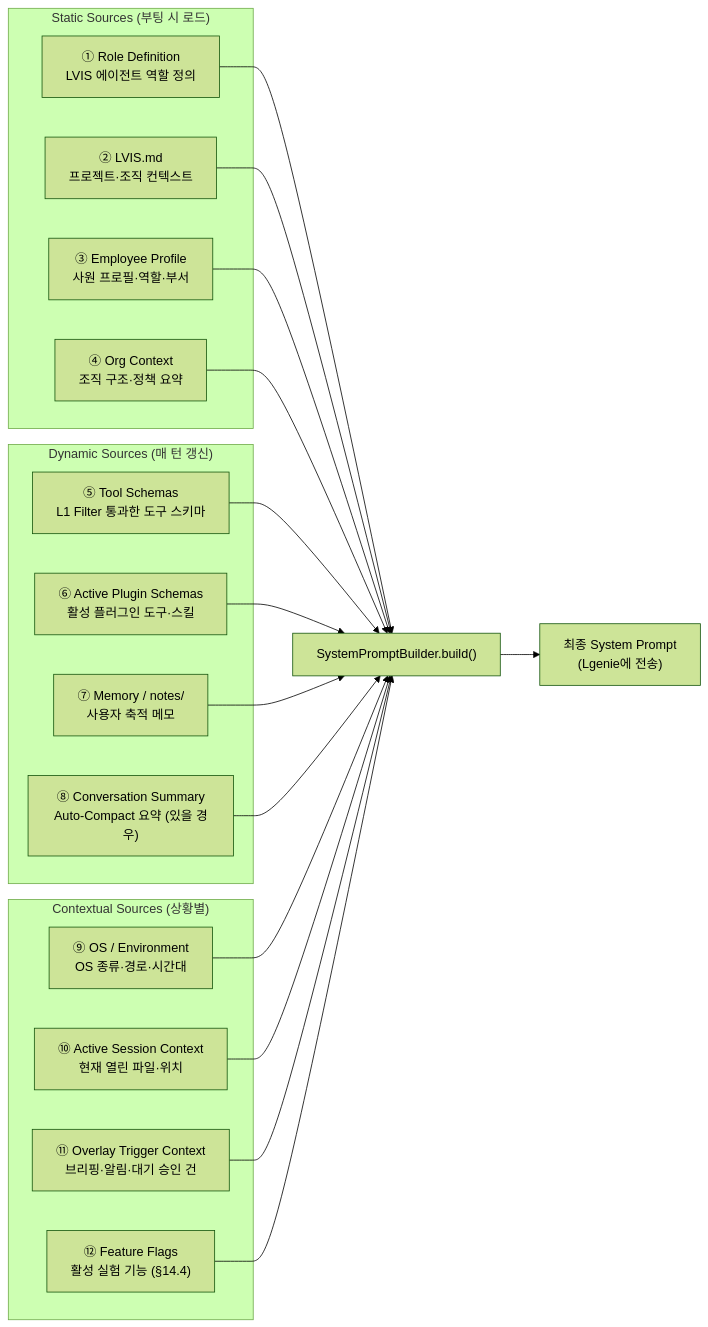
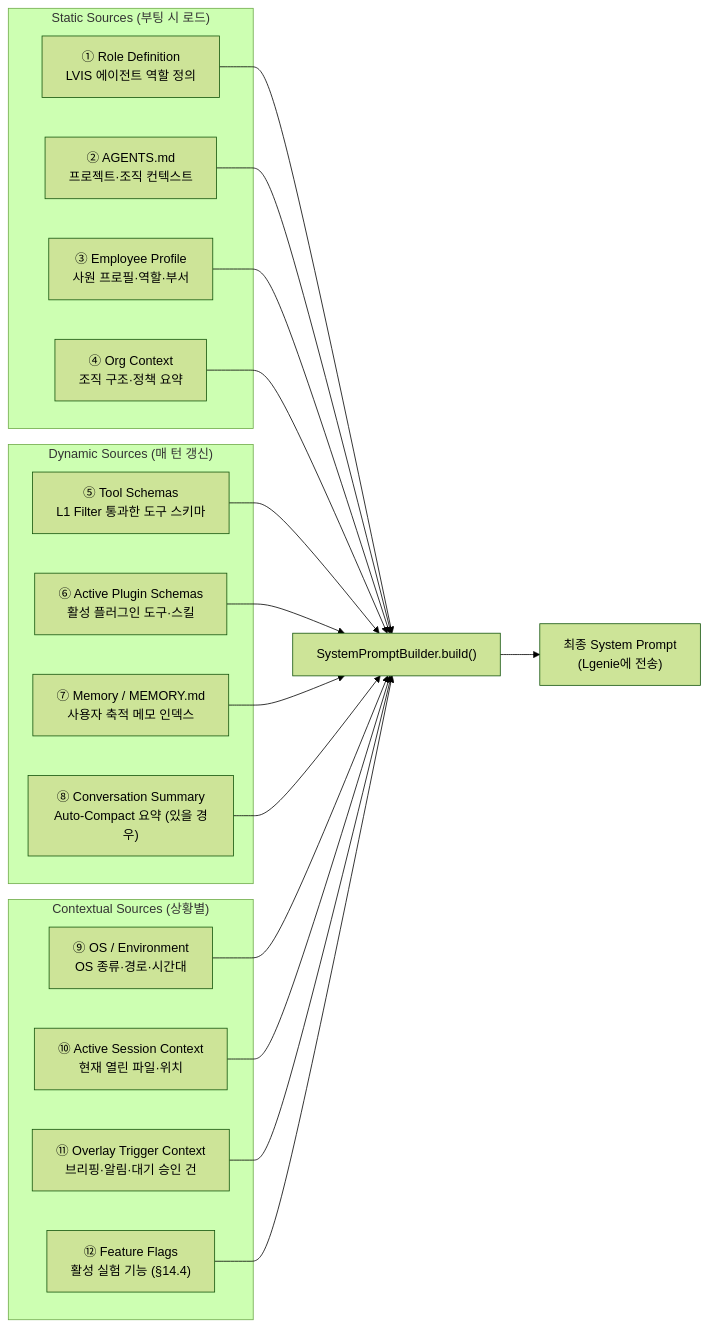
Before and after one commit to lvis-project/lvis-app: diagram 14 of 44 in docs/architecture/architecture.md, drawn with Mermaid (forest theme). The commit also changed other lines of this file and 26 other files, not shown here.

````diff
--- a/docs/architecture/architecture.md
+++ b/docs/architecture/architecture.md
@@ -965,38 +966,38 @@
 ```mermaid
 flowchart LR
     subgraph "Static Sources (부팅 시 로드)"
         S1["① Role Definition<br/>LVIS 에이전트 역할 정의"]
-        S2["② LVIS.md<br/>프로젝트·조직 컨텍스트"]
+        S2["② AGENTS.md<br/>프로젝트·조직 컨텍스트"]
         S3["③ Employee Profile<br/>사원 프로필·역할·부서"]
         S4["④ Org Context<br/>조직 구조·정책 요약"]
     end
 
     subgraph "Dynamic Sources (매 턴 갱신)"
         S5["⑤ Tool Schemas<br/>L1 Filter 통과한 도구 스키마"]
         S6["⑥ Active Plugin Schemas<br/>활성 플러그인 도구·스킬"]
-        S7["⑦ Memory / notes/<br/>사용자 축적 메모"]
+        S7["⑦ Memory / MEMORY.md<br/>사용자 축적 메모 인덱스"]
         S8["⑧ Conversation Summary<br/>Auto-Compact 요약 (있을 경우)"]
     end
 
     subgraph "Contextual Sources (상황별)"
         S9["⑨ OS / Environment<br/>OS 종류·경로·시간대"]
         S10["⑩ Active Session Context<br/>현재 열린 파일·위치"]
         S11["⑪ Overlay Trigger Context<br/>브리핑·알림·대기 승인 건"]
         S12["⑫ Feature Flags<br/>활성 실험 기능 (§14.4)"]
     end
 
     S1 --> BUILD["SystemPromptBuilder.build()"]
     S2 --> BUILD
     S3 --> BUILD
     S4 --> BUILD
     S5 --> BUILD
     S6 --> BUILD
     S7 --> BUILD
     S8 --> BUILD
     S9 --> BUILD
     S10 --> BUILD
     S11 --> BUILD
     S12 --> BUILD
 
     BUILD --> PROMPT["최종 System Prompt<br/>(Lgenie에 전송)"]
 ```
````
